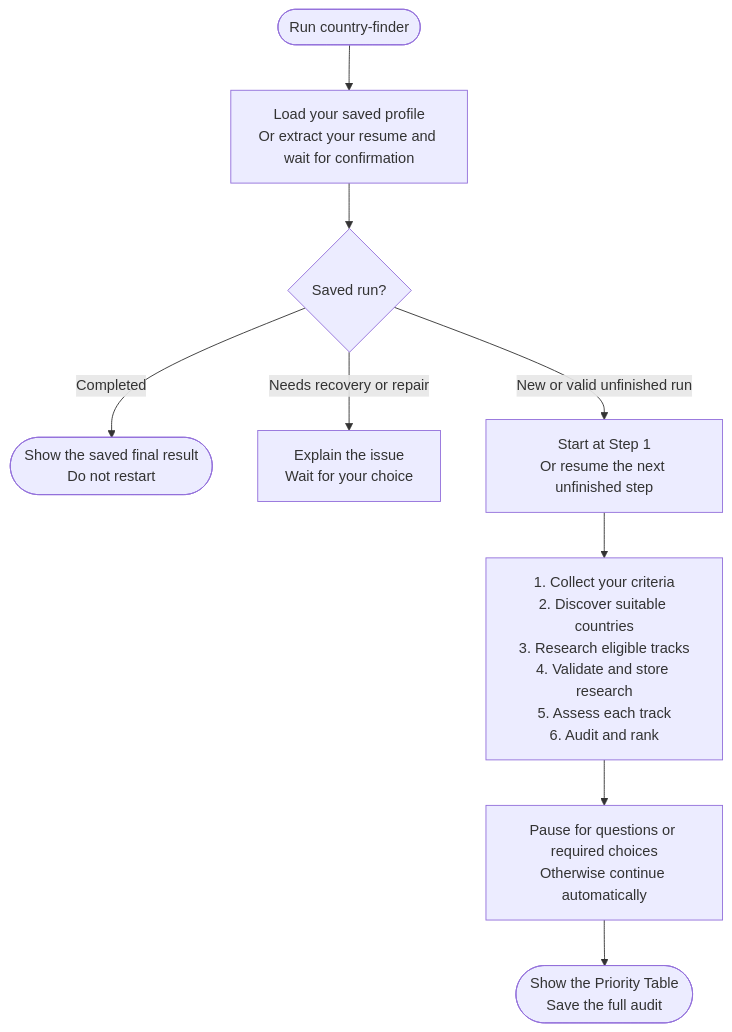
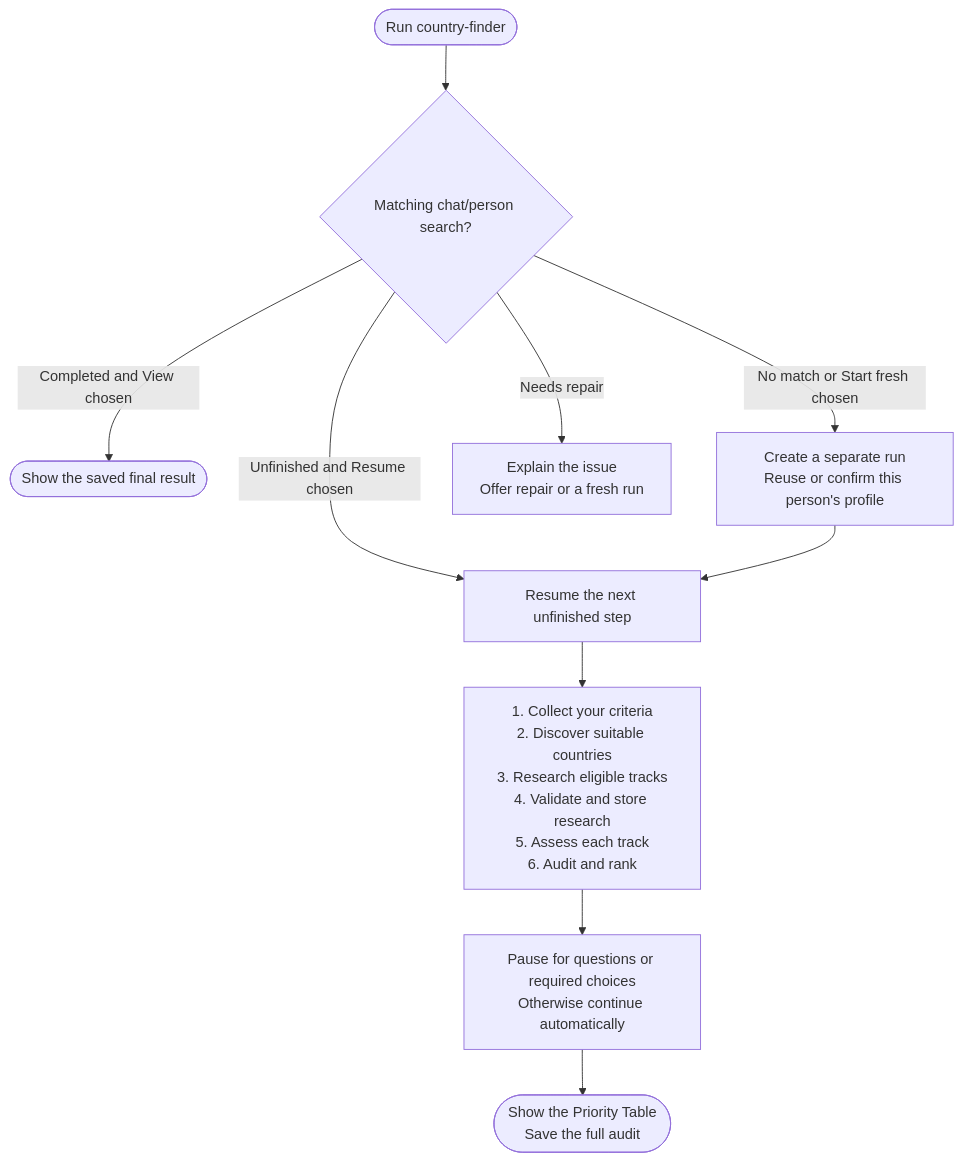
One commit to myowinthein/agent-compass changed the diagram in docs/commands/country-finder.md. Above: the diagram before and after it, drawn with Mermaid. The commit also changed other lines of this file and 19 other files, not shown here.

First line of the commit message:
fix(workflows): isolate searches by chat and person

````diff
--- a/docs/commands/country-finder.md
+++ b/docs/commands/country-finder.md
@@ -22,11 +22,12 @@
 ```mermaid
 flowchart TD
-  Start(["Run country-finder"]) --> Profile["Load your saved profile<br/>Or extract your resume and wait for confirmation"]
-  Profile --> Status{"Saved run?"}
-  Status -->|Completed| Replay(["Show the saved final result<br/>Do not restart"])
-  Status -->|Needs recovery or repair| Recover["Explain the issue<br/>Wait for your choice"]
-  Status -->|New or valid unfinished run| Run["Start at Step 1<br/>Or resume the next unfinished step"]
+  Start(["Run country-finder"]) --> Status{"Matching chat/person search?"}
+  Status -->|Completed and View chosen| Replay(["Show the saved final result"])
+  Status -->|Unfinished and Resume chosen| Run["Resume the next unfinished step"]
+  Status -->|No match or Start fresh chosen| Profile["Create a separate run<br/>Reuse or confirm this person's profile"]
+  Profile --> Run
+  Status -->|Needs repair| Recover["Explain the issue<br/>Offer repair or a fresh run"]
   Run --> Steps["1. Collect your criteria<br/>2. Discover suitable countries<br/>3. Research eligible tracks<br/>4. Validate and store research<br/>5. Assess each track<br/>6. Audit and rank"]
   Steps --> Questions["Pause for questions or required choices<br/>Otherwise continue automatically"]
   Questions --> Final(["Show the Priority Table<br/>Save the full audit"])
 ```
````
